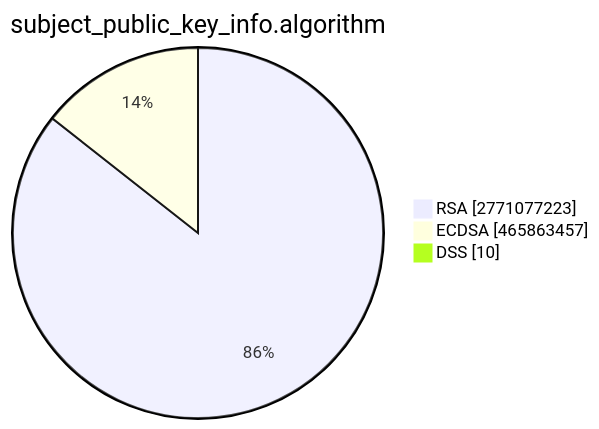
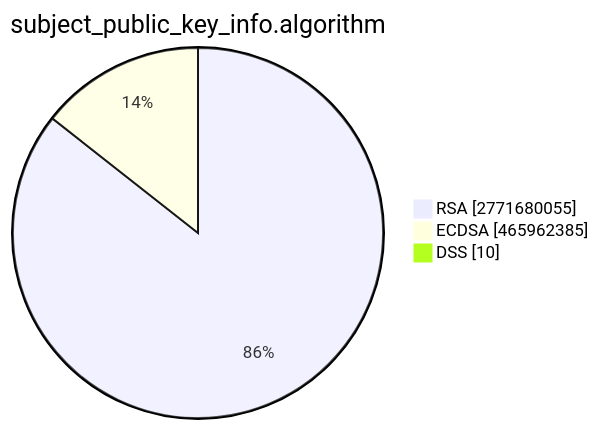
Before and after one commit to christiankrug/ctmonitor_visualization: the second of 15 diagrams in TOTAL/README.md, drawn with Mermaid. The commit also changed other lines of this file, not shown here.

````diff
--- a/TOTAL/README.md
+++ b/TOTAL/README.md
@@ -6,7 +6,7 @@
 ```mermaid
 pie showData
 title subject_public_key_info.algorithm
-"RSA" :2771077223
-"ECDSA" :465863457
+"RSA" :2771680055
+"ECDSA" :465962385
 "DSS" :10
 ```
````
